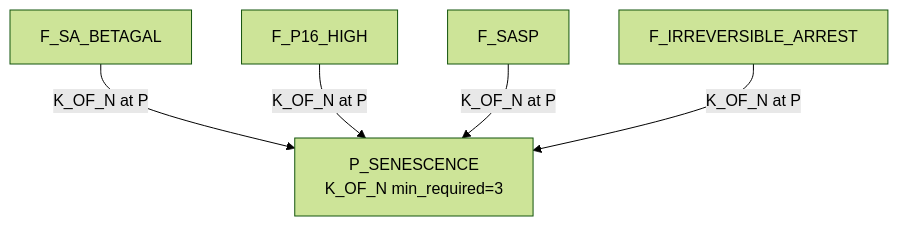
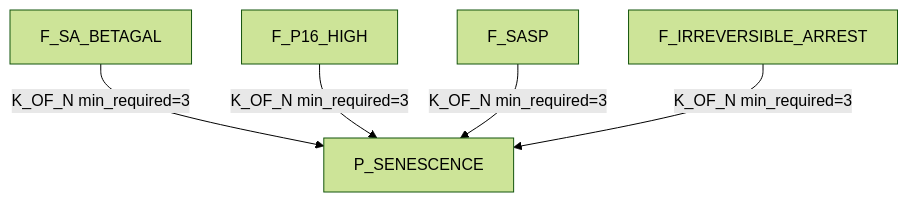
The eighth of 10 diagrams in ingest/CLAIM_OBJECT_MECHANISM_DAG_EXAMPLES.md (eliannaqk/bioKG), drawn with Mermaid (forest theme) before and after one commit. The commit also changed other lines of this file and 5 other files, not shown here.

````diff
--- a/ingest/CLAIM_OBJECT_MECHANISM_DAG_EXAMPLES.md
+++ b/ingest/CLAIM_OBJECT_MECHANISM_DAG_EXAMPLES.md
@@ -296,13 +491,13 @@
 ```mermaid
 flowchart TD
-  P["P_SENESCENCE\nK_OF_N min_required=3"]
   A["F_SA_BETAGAL"]
   B["F_P16_HIGH"]
   C["F_SASP"]
   D["F_IRREVERSIBLE_ARREST"]
+  P["P_SENESCENCE"]
 
-  A -- "K_OF_N at P" --> P
-  B -- "K_OF_N at P" --> P
-  C -- "K_OF_N at P" --> P
-  D -- "K_OF_N at P" --> P
+  A -- "K_OF_N min_required=3" --> P
+  B -- "K_OF_N min_required=3" --> P
+  C -- "K_OF_N min_required=3" --> P
+  D -- "K_OF_N min_required=3" --> P
 ```
````
